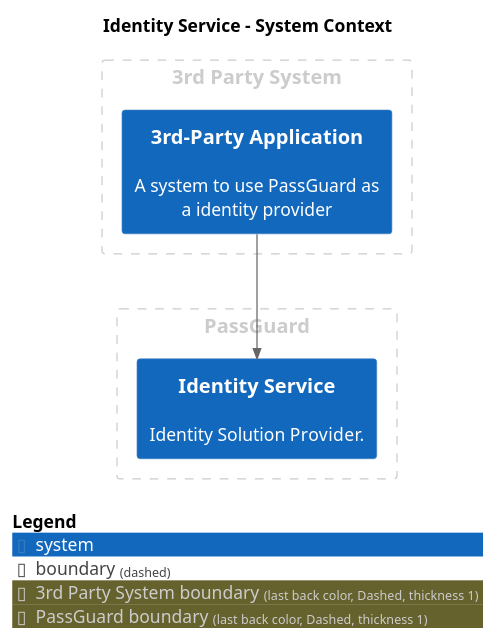
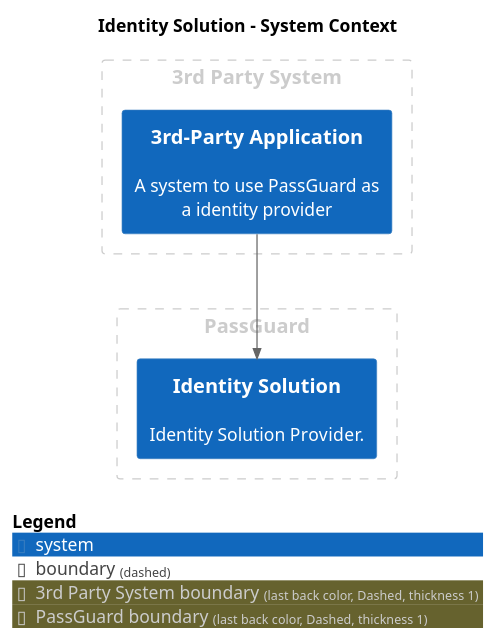
One commit to IntellectusCorp/passguard-docs changed the diagram in master/puml/SystemContext.puml. Above: the diagram before and after it, drawn with PlantUML. The commit also changed 73 other files, not shown here.

```diff
--- a/master/puml/SystemContext.puml
+++ b/master/puml/SystemContext.puml
@@ -1,24 +1,24 @@
 @startuml
 set separator none
-title Identity Service - System Context
+title Identity Solution - System Context
 
 top to bottom direction
 
 !include <C4/C4>
 !include <C4/C4_Context>
 
 AddBoundaryTag("3rd Party System", $borderColor="#cccccc", $fontColor="#cccccc", $borderStyle="Dashed", $borderThickness="1")
 Boundary(group_1, "3rd Party System", $tags="3rd Party System") {
   System(3rdPartyApplication, "3rd-Party Application", $descr="A system to use PassGuard as a identity provider", $tags="", $link="")
 }
 
 AddBoundaryTag("PassGuard", $borderColor="#cccccc", $fontColor="#cccccc", $borderStyle="Dashed", $borderThickness="1")
 Boundary(group_2, "PassGuard", $tags="PassGuard") {
-  System(IdentityService, "Identity Service", $descr="Identity Solution Provider.", $tags="", $link="")
+  System(IdentitySolution, "Identity Solution", $descr="Identity Solution Provider.", $tags="", $link="")
 }
 
 
-Rel(3rdPartyApplication, IdentityService, "", $techn="", $tags="", $link="")
+Rel(3rdPartyApplication, IdentitySolution, "", $techn="", $tags="", $link="")
 
 SHOW_LEGEND(true)
 @enduml
```
